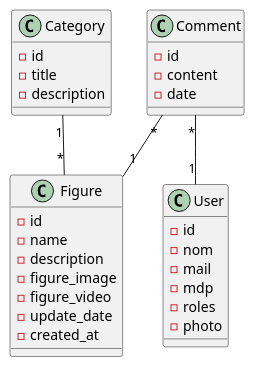
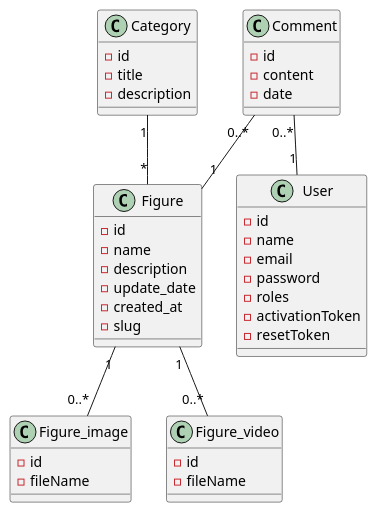
One commit to Salvatica/SnowTricks changed the diagram in schemas/entity.puml. Above: the diagram before and after it, drawn with PlantUML. The commit also changed 48 other files, not shown here.

```diff
--- a/schemas/entity.puml
+++ b/schemas/entity.puml
@@ -1,39 +1,50 @@
 @startuml
 class Figure {
 -id
 -name
 -description
--figure_image
--figure_video
 -update_date
 -created_at
+-slug
 }
 
+class Figure_image{
+-id
+-fileName
+}
+
+class Figure_video{
+-id
+-fileName
+}
 
 class User {
 -id
--nom
--mail
--mdp
+-name
+-email
+-password
 -roles
--photo
+-activationToken
+-resetToken
 }
 
 class Comment{
 -id
 -content
 -date
 }
 
 class Category{
 -id
 -title
 -description
 }
 
 
 
-Comment"*"--"1" User
-Comment "*"--"1" Figure
+Comment "0..*"--"1" User
+Comment "0..*"--"1" Figure
 Category "1"--"*" Figure
+Figure "1"--"0..*" Figure_image
+Figure "1"--"0..*" Figure_video
 @enduml
```
